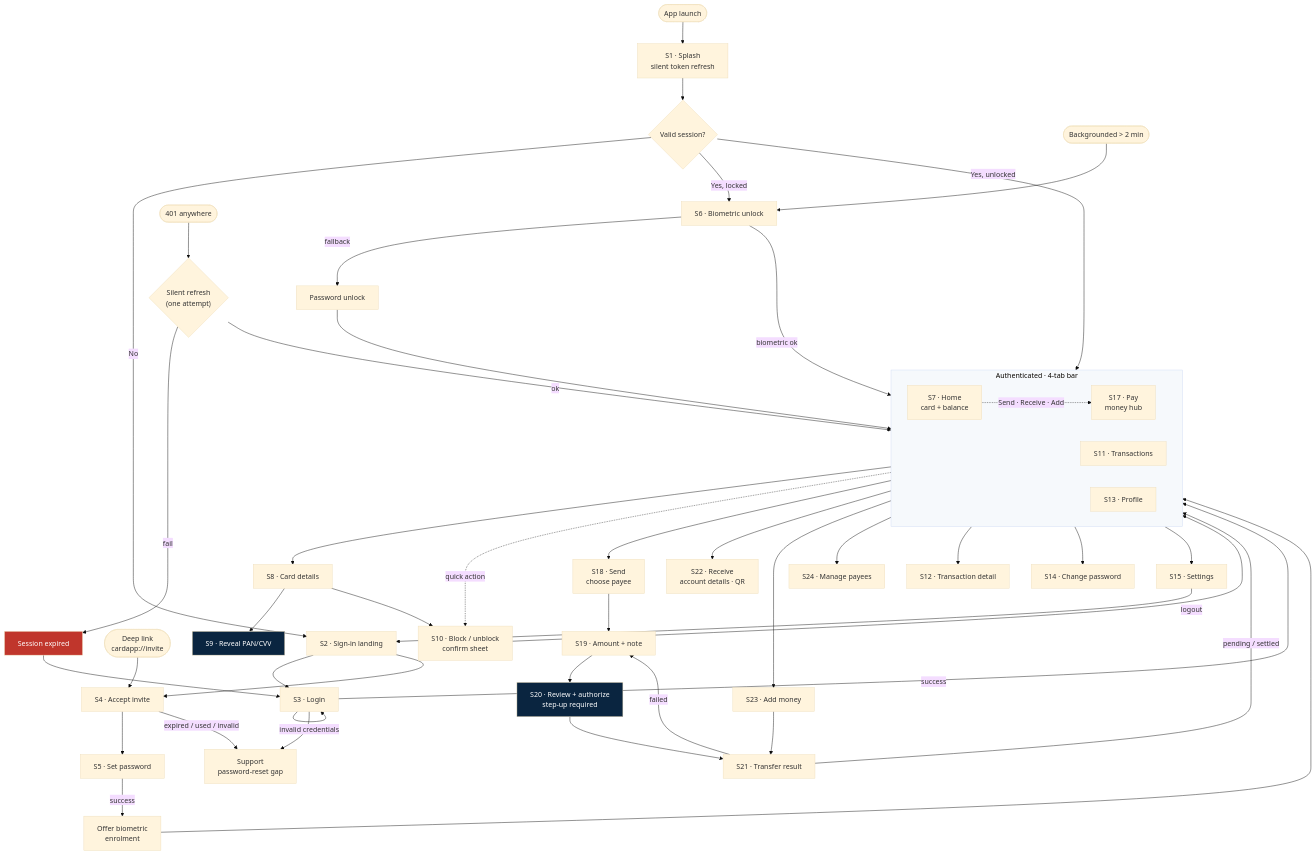
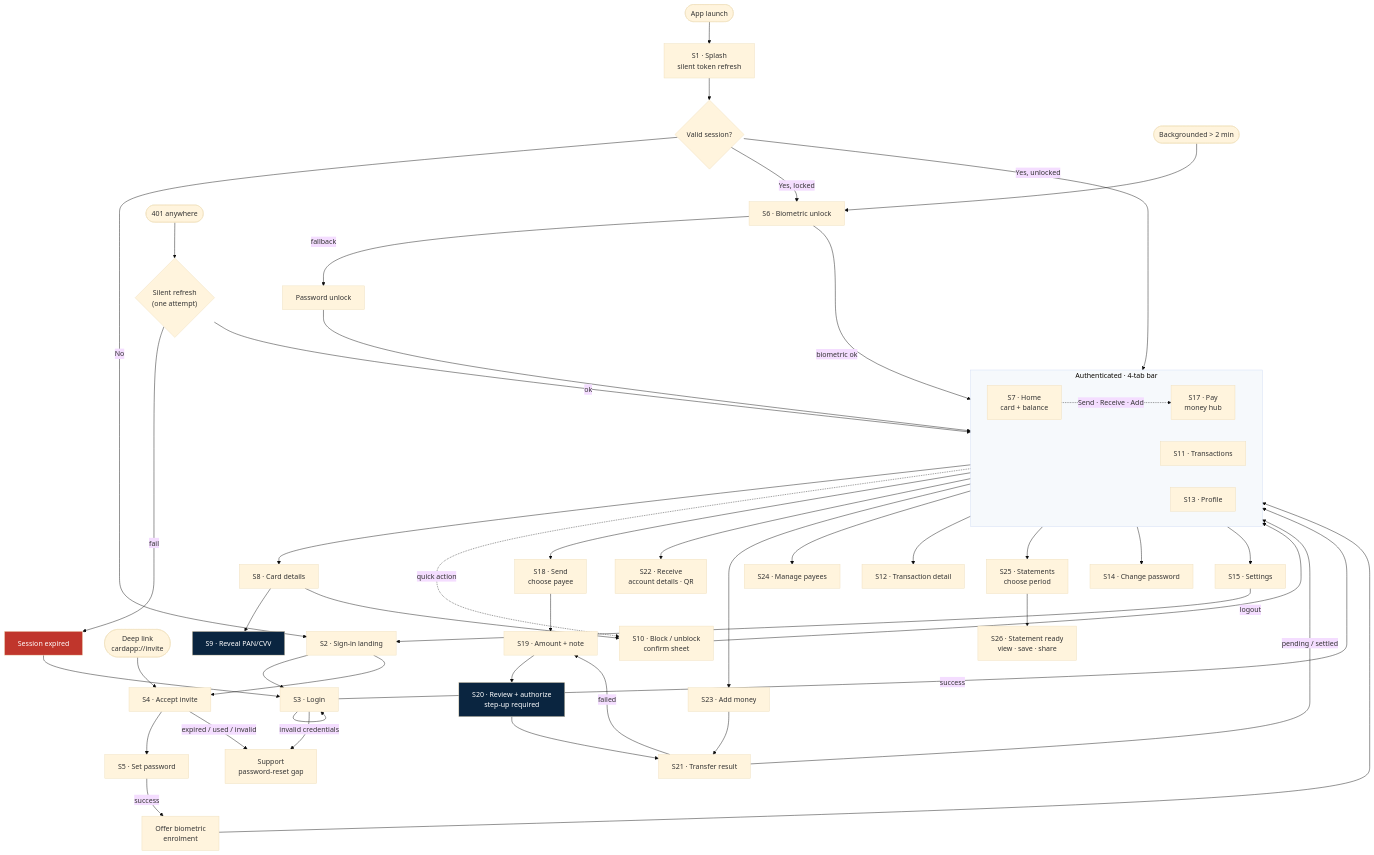
The second of 23 diagrams in docs/card-app-complete-spec.md (yr08ii/card-management-app), drawn with Mermaid (base theme) before and after one commit. The commit also changed other lines of this file and 1 other file, not shown here.

First line of the commit message:
docs: add statements, 24 hours minimum to 1 year maximum

````diff
--- a/docs/card-app-complete-spec.md
+++ b/docs/card-app-complete-spec.md
@@ -97,72 +97,74 @@
 ```mermaid
 flowchart TD
     Start(["App launch"]) --> S1["S1 · Splash<br/>silent token refresh"]
 
     S1 --> Q1{Valid session?}
     Q1 -->|No| S2["S2 · Sign-in landing"]
     Q1 -->|"Yes, locked"| S6["S6 · Biometric unlock"]
     Q1 -->|"Yes, unlocked"| HOME
 
     S2 --> S3["S3 · Login"]
     S2 --> S4["S4 · Accept invite"]
     DEEP(["Deep link<br/>cardapp://invite"]) --> S4
 
     S3 -->|success| HOME
     S3 -->|"invalid credentials"| S3
     S3 --> SUP["Support<br/>password-reset gap"]
 
     S4 --> S5["S5 · Set password"]
     S4 -->|"expired / used / invalid"| SUP
     S5 -->|success| BIO["Offer biometric<br/>enrolment"]
     BIO --> HOME
 
     S6 -->|biometric ok| HOME
     S6 -->|"fallback"| PWD["Password unlock"]
     PWD --> HOME
 
     subgraph HOME["Authenticated · 4-tab bar"]
         direction LR
         S7["S7 · Home<br/>card + balance"]
         S17["S17 · Pay<br/>money hub"]
         S11["S11 · Transactions"]
         S13["S13 · Profile"]
     end
 
     S7 --> S8["S8 · Card details"]
     S7 -.->|quick action| S10
     S8 --> S9["S9 · Reveal PAN/CVV"]
     S8 --> S10["S10 · Block / unblock<br/>confirm sheet"]
     S10 --> S7
 
     S7 -.->|"Send · Receive · Add"| S17
 
     S17 --> S18["S18 · Send<br/>choose payee"]
     S17 --> S22["S22 · Receive<br/>account details · QR"]
     S17 --> S23["S23 · Add money"]
     S17 --> S24["S24 · Manage payees"]
 
     S18 --> S19["S19 · Amount + note"]
     S19 --> S20["S20 · Review + authorize<br/>step-up required"]
     S20 --> S21["S21 · Transfer result"]
     S21 -->|"pending / settled"| S11
     S21 -->|"failed"| S19
     S23 --> S21
 
     S11 --> S12["S12 · Transaction detail"]
+    S11 --> S25["S25 · Statements<br/>choose period"]
+    S25 --> S26["S26 · Statement ready<br/>view · save · share"]
 
     S13 --> S14["S14 · Change password"]
     S13 --> S15["S15 · Settings"]
     S15 -->|logout| S2
 
     EXP(["401 anywhere"]) --> R{"Silent refresh<br/>(one attempt)"}
     R -->|ok| HOME
     R -->|fail| SE["Session expired"]
     SE --> S3
 
     BG(["Backgrounded > 2 min"]) --> S6
 
     style S9 fill:#0A2540,color:#fff
     style S20 fill:#0A2540,color:#fff
     style SE fill:#C0362C,color:#fff
     style HOME fill:#F6F9FC
 ```
````
